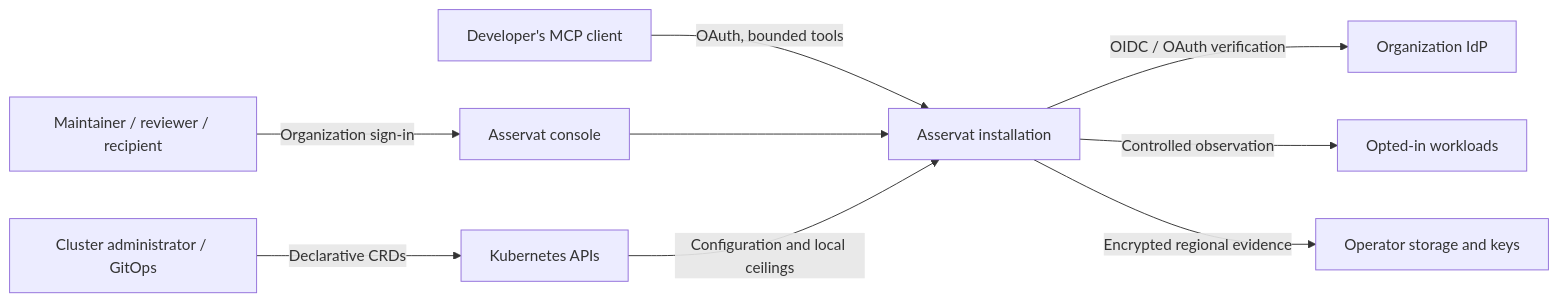
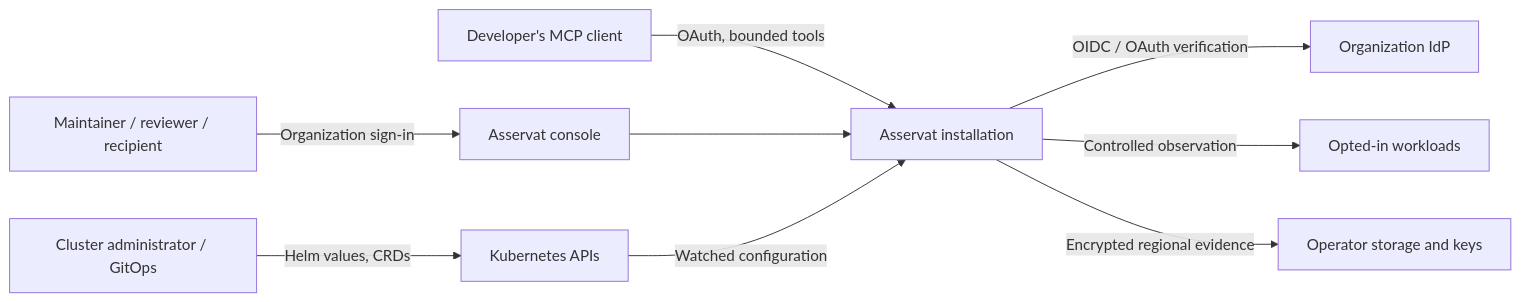
Before and after one commit to phihos/asservat: the first of 2 diagrams in docs/architecture/applications.md, drawn with Mermaid. The commit also changed other lines of this file and 590 other files, not shown here.

````diff
--- a/docs/architecture/applications.md
+++ b/docs/architecture/applications.md
@@ -7,11 +7,11 @@
 ```mermaid
 flowchart LR
   Dev[Maintainer / reviewer / recipient] -->|Organization sign-in| Console[Asservat console]
   Agent[Developer's MCP client] -->|OAuth, bounded tools| Hub[Asservat installation]
   Console --> Hub
-  Admin[Cluster administrator / GitOps] -->|Declarative CRDs| Kube[Kubernetes APIs]
+  Admin[Cluster administrator / GitOps] -->|Helm values, CRDs| Kube[Kubernetes APIs]
   Hub -->|OIDC / OAuth verification| IdP[Organization IdP]
   Hub -->|Controlled observation| Workloads[Opted-in workloads]
   Hub -->|Encrypted regional evidence| Storage[Operator storage and keys]
-  Kube -->|Configuration and local ceilings| Hub
+  Kube -->|Watched configuration| Hub
 ```
````
